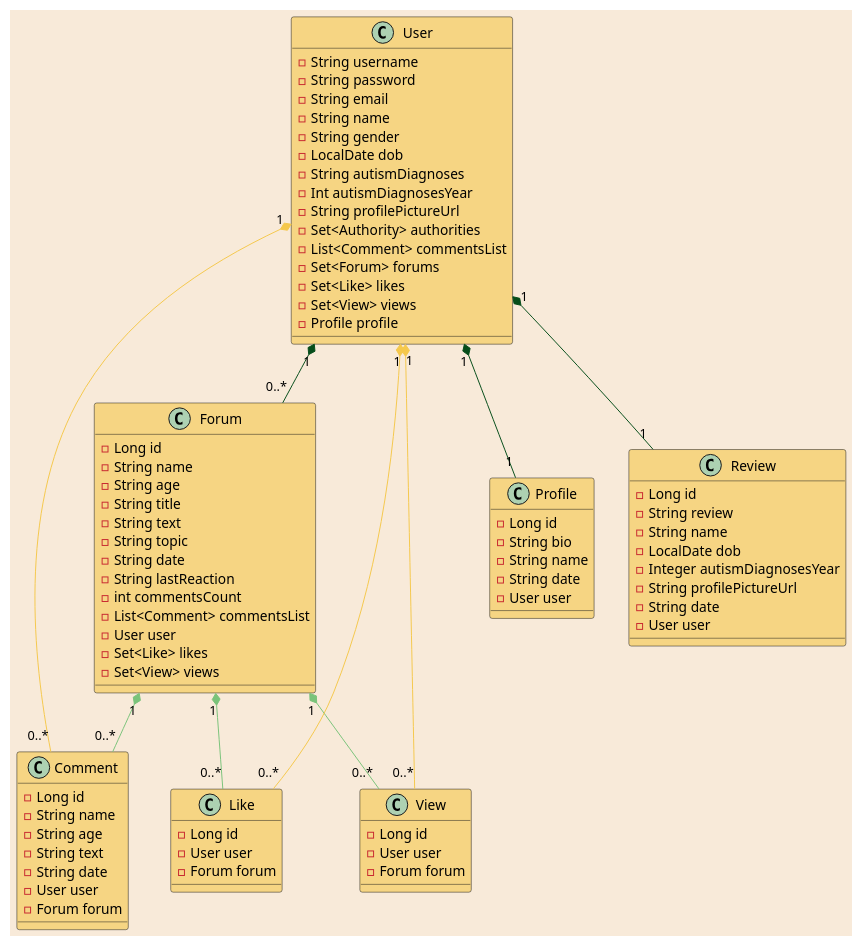
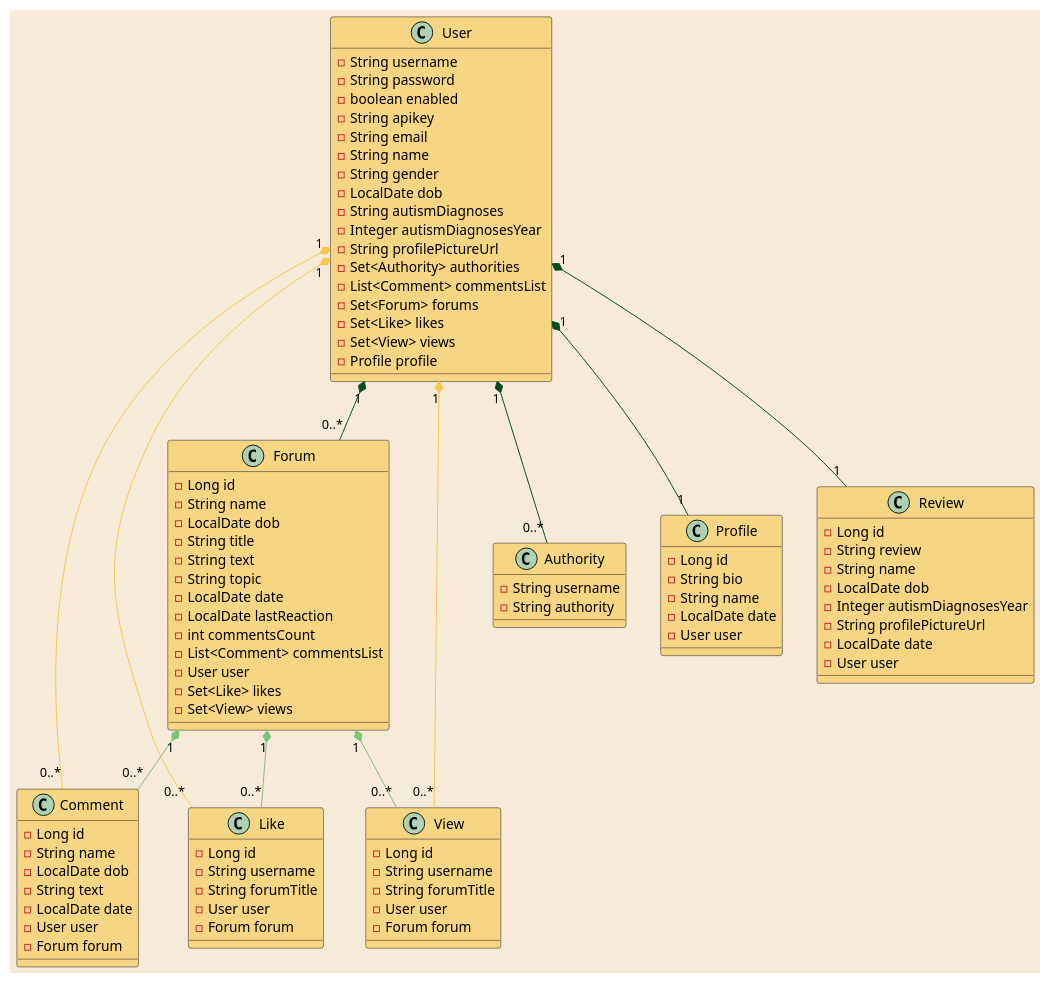
One commit to TamaraDeBeer/Backend-AutiWomen changed the diagram in src/main/resources/ClassDiagram.puml. Above: the diagram before and after it, drawn with PlantUML. The commit also changed 10 other files, not shown here.

Commit message:
age ook aangepast naar LocalDate dob en het klassendiagram aangepast

```diff
--- a/src/main/resources/ClassDiagram.puml
+++ b/src/main/resources/ClassDiagram.puml
@@ -1,96 +1,108 @@
 @startuml
 'https://plantuml.com/class-diagram
 
 skinparam {
     BackgroundColor #F8EAD9
     BorderColor #F8EAD9
 }
 
 class Forum #F5C84C99 {
     - Long id
     - String name
-    - String age
+    - LocalDate dob
     - String title
     - String text
     - String topic
-    - String date
-    - String lastReaction
+    - LocalDate date
+    - LocalDate lastReaction
     - int commentsCount
     - List<Comment> commentsList
     - User user
     - Set<Like> likes
     - Set<View> views
     }
 
 class Comment #F5C84C99 {
     - Long id
     - String name
-    - String age
+    - LocalDate dob
     - String text
-    - String date
+    - LocalDate date
     - User user
     - Forum forum
     }
 
 class Like #F5C84C99 {
     - Long id
+    - String username
+    - String forumTitle
     - User user
     - Forum forum
     }
 
 class View #F5C84C99 {
     - Long id
+    - String username
+    - String forumTitle
     - User user
     - Forum forum
     }
 
 class User #F5C84C99 {
     - String username
     - String password
+    - boolean enabled
+    - String apikey
     - String email
     - String name
     - String gender
     - LocalDate dob
     - String autismDiagnoses
-    - Int autismDiagnosesYear
+    - Integer autismDiagnosesYear
     - String profilePictureUrl
     - Set<Authority> authorities
     - List<Comment> commentsList
     - Set<Forum> forums
     - Set<Like> likes
     - Set<View> views
     - Profile profile
 }
 
+class Authority #F5C84C99 {
+    - String username
+    - String authority
+}
+
 class Profile #F5C84C99 {
     - Long id
     - String bio
     - String name
-    - String date
+    - LocalDate date
     - User user
 }
 
 class Review #F5C84C99 {
     - Long id
     - String review
     - String name
     - LocalDate dob
     - Integer autismDiagnosesYear
     - String profilePictureUrl
-    - String date
+    - LocalDate date
     - User user
 }
 
 User "1" *--[#064D1A] "1" Profile
 User "1" *--[#064D1A] "1" Review
 User "1" *--[#064D1A] "0..*" Forum
+User "1" *--[#064D1A] "0..*" Authority
 
 Forum "1" *--[#7AC37A] "0..*" Comment
 Forum "1" *--[#7AC37A] "0..*" Like
 Forum "1" *--[#7AC37A] "0..*" View
 
 User "1" *--[#F5C84C] "0..*" Comment
 User "1" *--[#F5C84C] "0..*" Like
 User "1" *--[#F5C84C] "0..*" View
 
 @enduml
```
